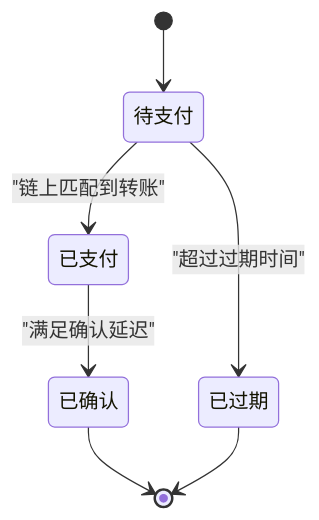
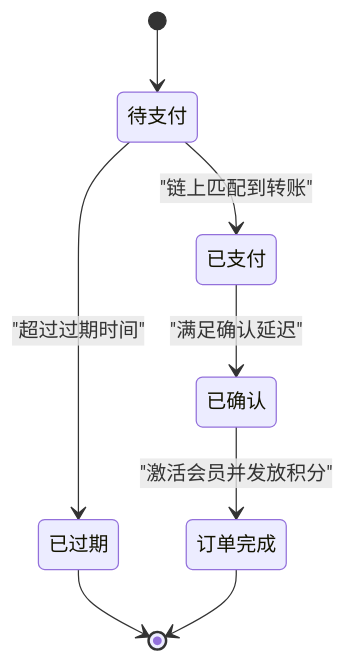
The fifth of 7 diagrams in .qoder/repowiki/zh/content/核心功能模块/用户管理与商业化/计费订阅系统.md (joezxh/QuantDinger), drawn with Mermaid before and after one commit. The commit also changed other lines of this file and 548 other files, not shown here.

````diff
--- a/.qoder/repowiki/zh/content/核心功能模块/用户管理与商业化/计费订阅系统.md
+++ b/.qoder/repowiki/zh/content/核心功能模块/用户管理与商业化/计费订阅系统.md
@@ -206,9 +263,10 @@
 ```mermaid
 stateDiagram-v2
 [*] --> 待支付
 待支付 --> 已支付 : "链上匹配到转账"
 已支付 --> 已确认 : "满足确认延迟"
 待支付 --> 已过期 : "超过过期时间"
-已确认 --> [*]
+已确认 --> 订单完成 : "激活会员并发放积分"
 已过期 --> [*]
+订单完成 --> [*]
 ```
````
